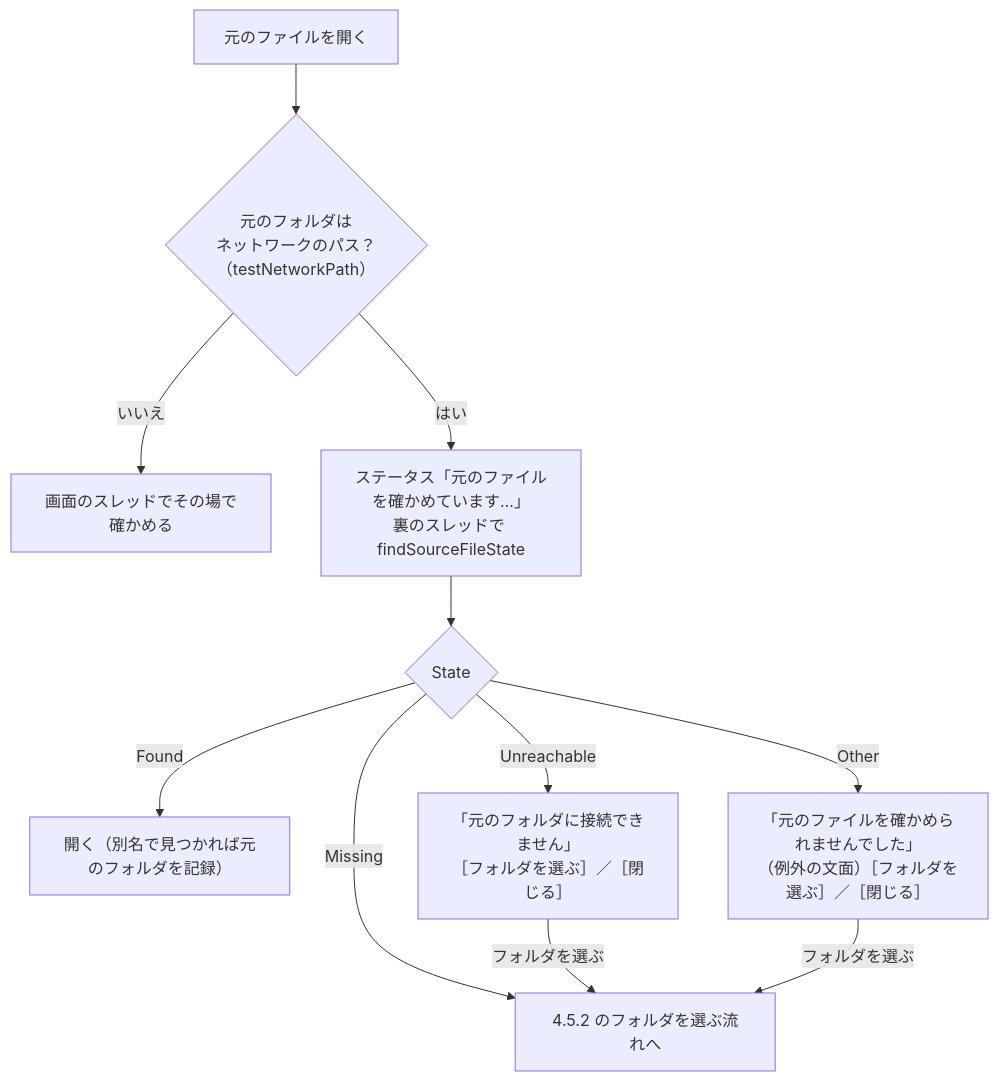
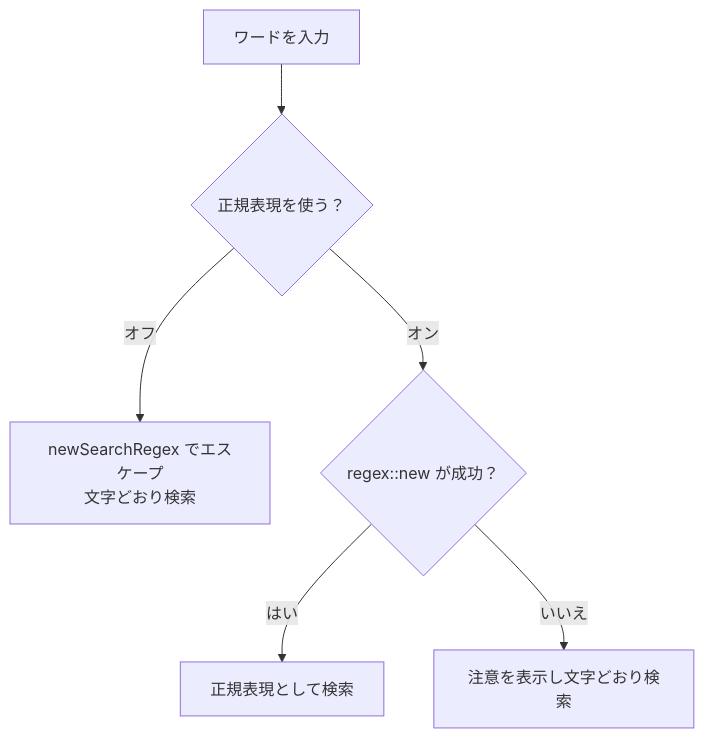
The second of 2 diagrams in docs/design/gui/search-tab.md (hsgwa/tebunko), drawn with Mermaid before and after one commit. The commit also changed other lines of this file and 81 other files, not shown here.

First line of the commit message:
docs: 設計書を目的ごとの小さなページに分け、図を増やす (#139)

````diff
--- a/docs/design/gui/search-tab.md
+++ b/docs/design/gui/search-tab.md
@@ -123,13 +53,8 @@
 ```mermaid
 flowchart TD
-    A["元のファイルを開く"] --> N{"元のフォルダは<br>ネットワークのパス？<br>（testNetworkPath）"}
-    N -- いいえ --> L["画面のスレッドでその場で確かめる"]
-    N -- はい --> W["ステータス「元のファイルを確かめています…」<br>裏のスレッドで findSourceFileState"]
-    W --> S{"State"}
-    S -- Found --> O["開く（別名で見つかれば元のフォルダを記録）"]
-    S -- Missing --> M["4.5.2 のフォルダを選ぶ流れへ"]
-    S -- Unreachable --> U["「元のフォルダに接続できません」<br>［フォルダを選ぶ］／［閉じる］"]
-    S -- Other --> T["「元のファイルを確かめられませんでした」<br>（例外の文面）［フォルダを選ぶ］／［閉じる］"]
-    U -- フォルダを選ぶ --> M
-    T -- フォルダを選ぶ --> M
+    W["ワードを入力"] --> R{"正規表現を使う？"}
+    R -- オフ --> E["newSearchRegex でエスケープ<br>文字どおり検索"]
+    R -- オン --> V{"regex::new が成功？"}
+    V -- はい --> Rx["正規表現として検索"]
+    V -- いいえ --> E2["注意を表示し文字どおり検索"]
 ```
````
